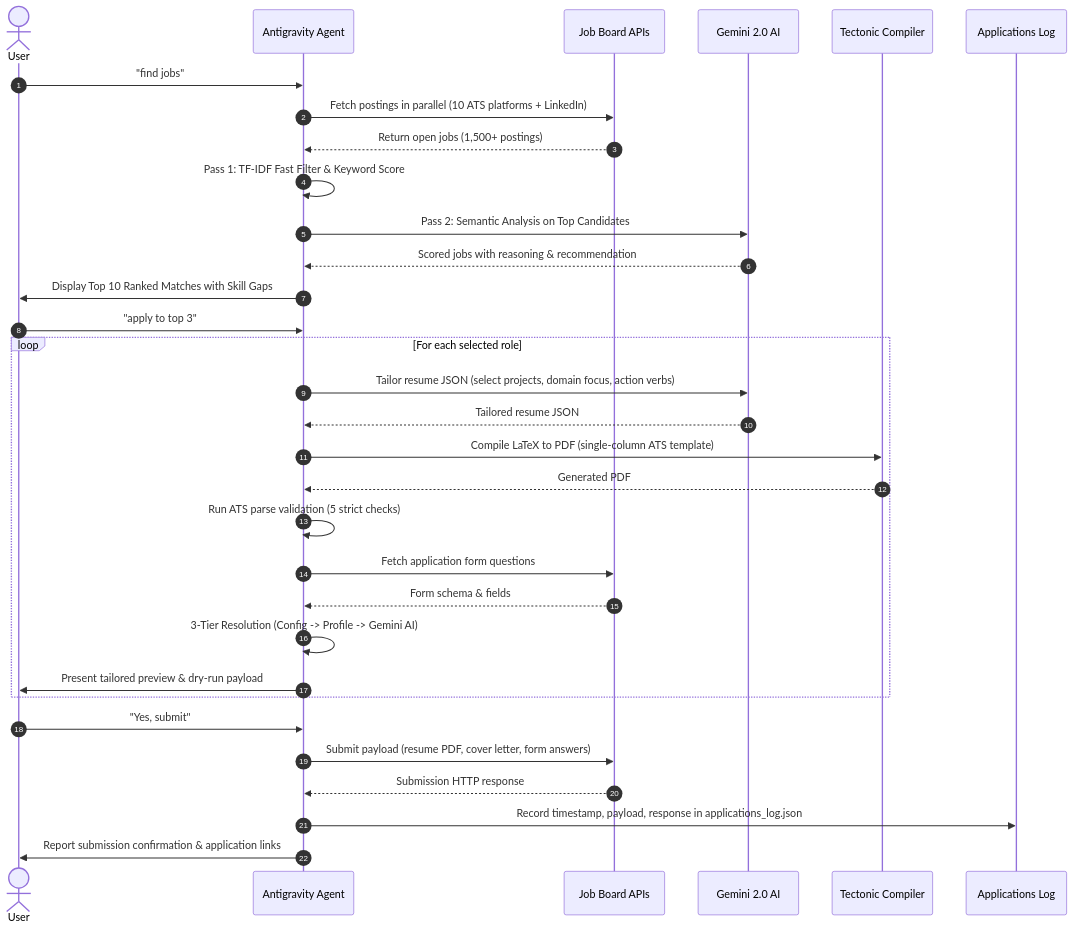
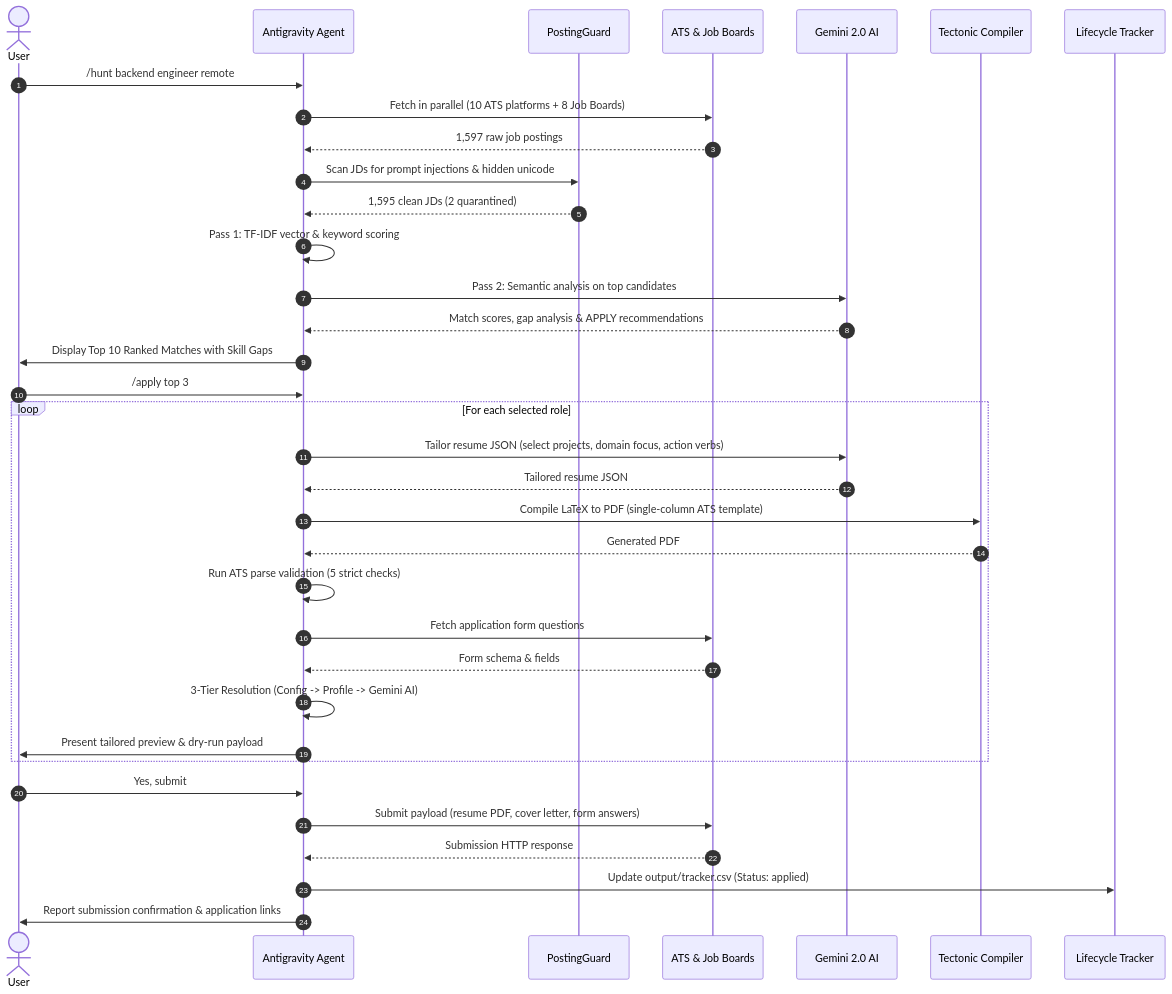
The second of 3 diagrams in README.md (prasadrawas/ats-job-hunter), drawn with Mermaid before and after one commit. The commit also changed other lines of this file and 1 other file, not shown here.

Commit message:
docs: overhaul README with 19 platforms, PostingGuard security gate, lifecycle state diagram, and tracker

````diff
--- a/README.md
+++ b/README.md
@@ -178,37 +198,40 @@
 ```mermaid
 sequenceDiagram
     autonumber
     actor User
     participant CLI as Antigravity Agent
-    participant ATS as Job Board APIs
+    participant Guard as PostingGuard
+    participant ATS as ATS & Job Boards
     participant AI as Gemini 2.0 AI
     participant TEX as Tectonic Compiler
-    participant Audit as Applications Log
+    participant Tracker as Lifecycle Tracker
 
-    User->>CLI: "find jobs"
-    CLI->>ATS: Fetch postings in parallel (10 ATS platforms + LinkedIn)
-    ATS-->>CLI: Return open jobs (1,500+ postings)
-    CLI->>CLI: Pass 1: TF-IDF Fast Filter & Keyword Score
-    CLI->>AI: Pass 2: Semantic Analysis on Top Candidates
-    AI-->>CLI: Scored jobs with reasoning & recommendation
+    User->>CLI: /hunt backend engineer remote
+    CLI->>ATS: Fetch in parallel (10 ATS platforms + 8 Job Boards)
+    ATS-->>CLI: 1,597 raw job postings
+    CLI->>Guard: Scan JDs for prompt injections & hidden unicode
+    Guard-->>CLI: 1,595 clean JDs (2 quarantined)
+    CLI->>CLI: Pass 1: TF-IDF vector & keyword scoring
+    CLI->>AI: Pass 2: Semantic analysis on top candidates
+    AI-->>CLI: Match scores, gap analysis & APPLY recommendations
     CLI->>User: Display Top 10 Ranked Matches with Skill Gaps
 
-    User->>CLI: "apply to top 3"
+    User->>CLI: /apply top 3
     loop For each selected role
         CLI->>AI: Tailor resume JSON (select projects, domain focus, action verbs)
         AI-->>CLI: Tailored resume JSON
         CLI->>TEX: Compile LaTeX to PDF (single-column ATS template)
         TEX-->>CLI: Generated PDF
         CLI->>CLI: Run ATS parse validation (5 strict checks)
         CLI->>ATS: Fetch application form questions
         ATS-->>CLI: Form schema & fields
         CLI->>CLI: 3-Tier Resolution (Config -> Profile -> Gemini AI)
         CLI->>User: Present tailored preview & dry-run payload
     end
 
-    User->>CLI: "Yes, submit"
+    User->>CLI: Yes, submit
     CLI->>ATS: Submit payload (resume PDF, cover letter, form answers)
     ATS-->>CLI: Submission HTTP response
-    CLI->>Audit: Record timestamp, payload, response in applications_log.json
+    CLI->>Tracker: Update output/tracker.csv (Status: applied)
     CLI->>User: Report submission confirmation & application links
 ```
````
